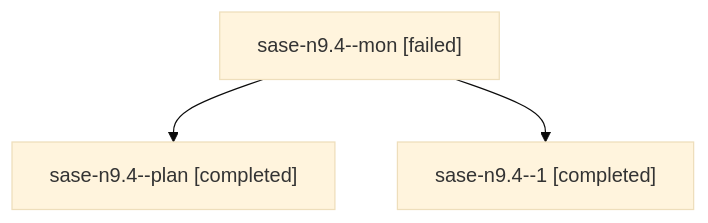
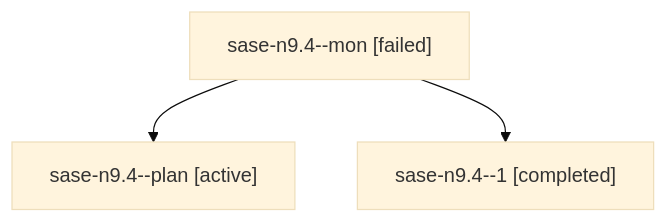
The diagram in families/bbugyi200.athena.sase-n9.4.md (sase-org/sase--agents), drawn with Mermaid (base theme) before and after one commit. The commit also changed other lines of this file and 35830 other files, not shown here.

````diff
--- a/families/bbugyi200.athena.sase-n9.4.md
+++ b/families/bbugyi200.athena.sase-n9.4.md
@@ -9,8 +9,8 @@
 ```mermaid
 flowchart TD
   n0["sase-n9.4--mon [failed]"]
-  n1["sase-n9.4--plan [completed]"]
+  n1["sase-n9.4--plan [active]"]
   n0 --> n1
   n2["sase-n9.4--1 [completed]"]
   n0 --> n2
 ```
````
